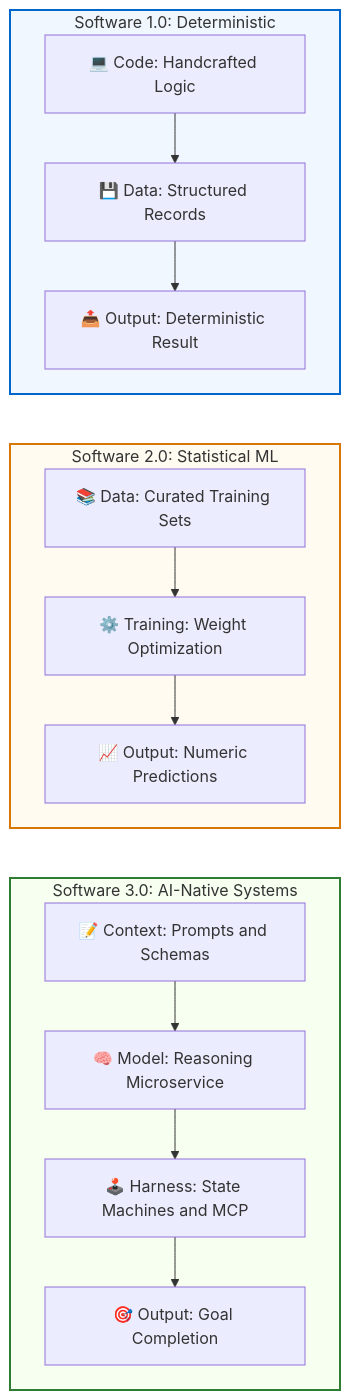
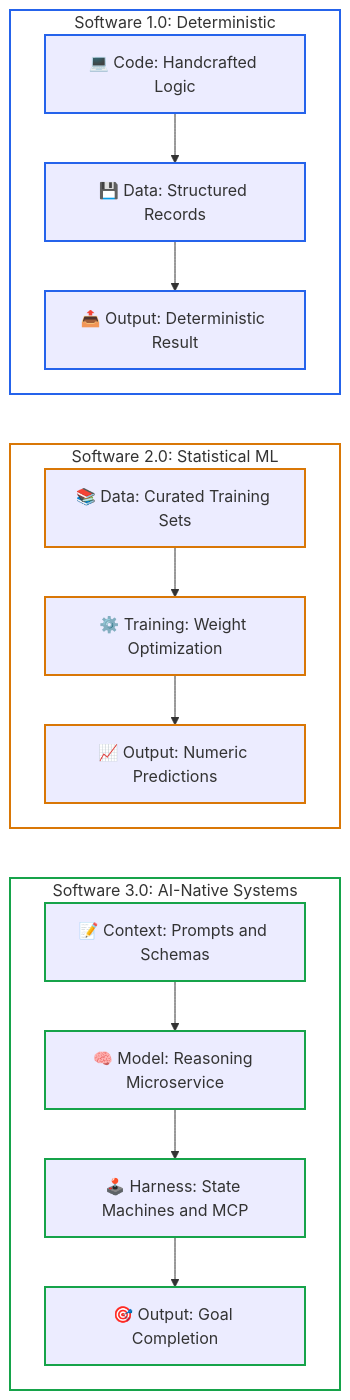
One commit to dip4k/senior-engineer-to-ai-engineer-roadmap changed the second of 4 diagrams in senior-transition-guide.md. Above: the diagram before and after it, drawn with Mermaid. The commit also changed other lines of this file and 49 other files, not shown here.

First line of the commit message:
feat(curriculum): complete 2026 refactoring across roadmaps, use-cases, labs, and agent-forge

````diff
--- a/senior-transition-guide.md
+++ b/senior-transition-guide.md
@@ -47,25 +56,35 @@
 ```mermaid
 flowchart TD
-    subgraph S1["Software 1.0: Deterministic"]
+    subgraph S1 ["Software 1.0: Deterministic"]
         A1["💻 Code: Handcrafted Logic"] --> B1["💾 Data: Structured Records"]
         B1 --> C1["📤 Output: Deterministic Result"]
     end
 
-    subgraph S2["Software 2.0: Statistical ML"]
+    subgraph S2 ["Software 2.0: Statistical ML"]
         A2["📚 Data: Curated Training Sets"] --> B2["⚙️ Training: Weight Optimization"]
         B2 --> C2["📈 Output: Numeric Predictions"]
     end
 
-    subgraph S3["Software 3.0: AI-Native Systems"]
+    subgraph S3 ["Software 3.0: AI-Native Systems"]
         A3["📝 Context: Prompts and Schemas"] --> B3["🧠 Model: Reasoning Microservice"]
         B3 --> C3["🕹️ Harness: State Machines and MCP"]
         C3 --> D3["🎯 Output: Goal Completion"]
     end
 
     C1 ~~~ A2
     C2 ~~~ A3
 
-    style S1 fill:#f0f7ff,stroke:#0066cc,stroke-width:2px
-    style S2 fill:#fffbf0,stroke:#d97706,stroke-width:2px
-    style S3 fill:#f6fff0,stroke:#2e7d32,stroke-width:2px
+    style S1 fill:none,stroke:#2563eb,stroke-width:2px
+    style S2 fill:none,stroke:#d97706,stroke-width:2px
+    style S3 fill:none,stroke:#16a34a,stroke-width:2px
+    style A1 stroke:#2563eb,stroke-width:2px
+    style B1 stroke:#2563eb,stroke-width:2px
+    style C1 stroke:#2563eb,stroke-width:2px
+    style A2 stroke:#d97706,stroke-width:2px
+    style B2 stroke:#d97706,stroke-width:2px
+    style C2 stroke:#d97706,stroke-width:2px
+    style A3 stroke:#16a34a,stroke-width:2px
+    style B3 stroke:#16a34a,stroke-width:2px
+    style C3 stroke:#16a34a,stroke-width:2px
+    style D3 stroke:#16a34a,stroke-width:2px
 ```
````
